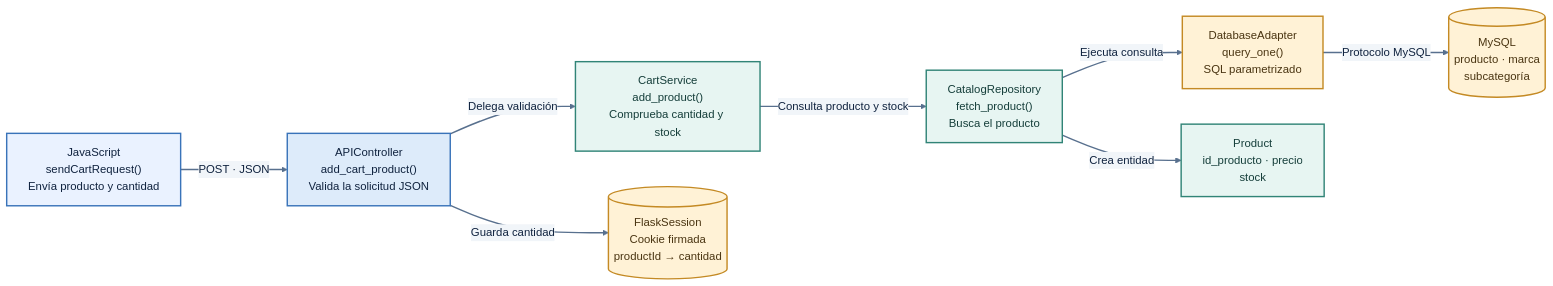
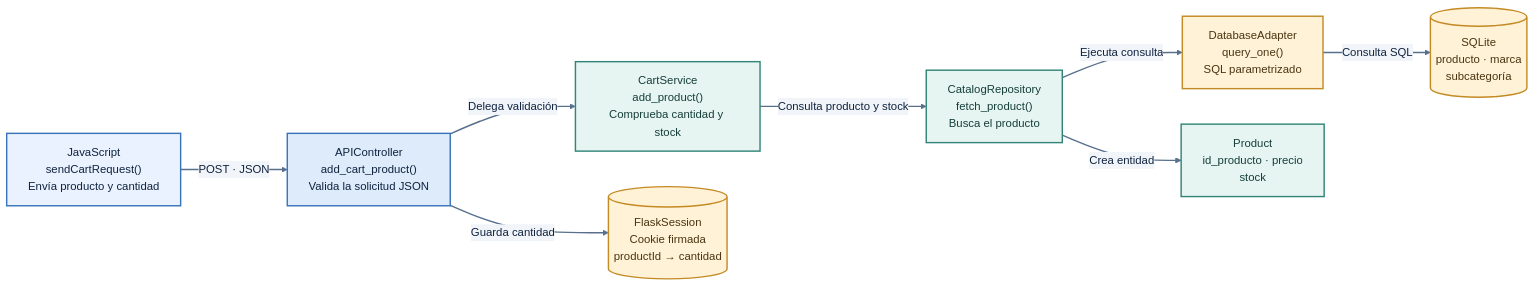
Before and after one commit to Juan2351/Tech_e-commerce: the diagram in docs/diagramas/C4-funcionalidad-carrito.mmd, drawn with Mermaid. The commit also changed 6 other files, not shown here.

```diff
--- a/docs/diagramas/C4-funcionalidad-carrito.mmd
+++ b/docs/diagramas/C4-funcionalidad-carrito.mmd
@@ -1,28 +1,28 @@
 %%{init: {"theme":"base","themeVariables":{"fontFamily":"Aptos, Segoe UI, Arial, sans-serif","fontSize":"16px","primaryColor":"#EAF2FF","primaryTextColor":"#10233F","primaryBorderColor":"#3973B9","lineColor":"#58708E","secondaryColor":"#F1F5F9","tertiaryColor":"#E7F5F2","background":"#FFFFFF","mainBkg":"#FFFFFF","textColor":"#10233F"}}}%%
 flowchart LR
     navegador["JavaScript<br/>sendCartRequest()<br/>Envía producto y cantidad"]
     api["APIController<br/>add_cart_product()<br/>Valida la solicitud JSON"]
     service["CartService<br/>add_product()<br/>Comprueba cantidad y stock"]
     repository["CatalogRepository<br/>fetch_product()<br/>Busca el producto"]
     database["DatabaseAdapter<br/>query_one()<br/>SQL parametrizado"]
-    mysql[("MySQL<br/>producto · marca<br/>subcategoría")]
+    sqlite[("SQLite<br/>producto · marca<br/>subcategoría")]
     session[("FlaskSession<br/>Cookie firmada<br/>productId → cantidad")]
     product["Product<br/>id_producto · precio<br/>stock"]
 
     navegador -->|"POST · JSON"| api
     api -->|"Delega validación"| service
     service -->|"Consulta producto y stock"| repository
     repository -->|"Ejecuta consulta"| database
-    database -->|"Protocolo MySQL"| mysql
+    database -->|"Consulta SQL"| sqlite
     repository -->|"Crea entidad"| product
     api -->|"Guarda cantidad"| session
 
     classDef frontend fill:#EAF2FF,stroke:#3973B9,color:#10233F,stroke-width:2px,font-size:16px;
     classDef controller fill:#DDEBFA,stroke:#3973B9,color:#10233F,stroke-width:2px,font-size:16px;
     classDef business fill:#E7F5F2,stroke:#318477,color:#153E3A,stroke-width:2px,font-size:16px;
     classDef data fill:#FFF2D6,stroke:#C48A24,color:#4A3512,stroke-width:2px,font-size:16px;
     class navegador frontend;
     class api controller;
     class service,repository,product business;
-    class database,mysql,session data;
+    class database,sqlite,session data;
     linkStyle default stroke:#58708E,stroke-width:2px;
```
